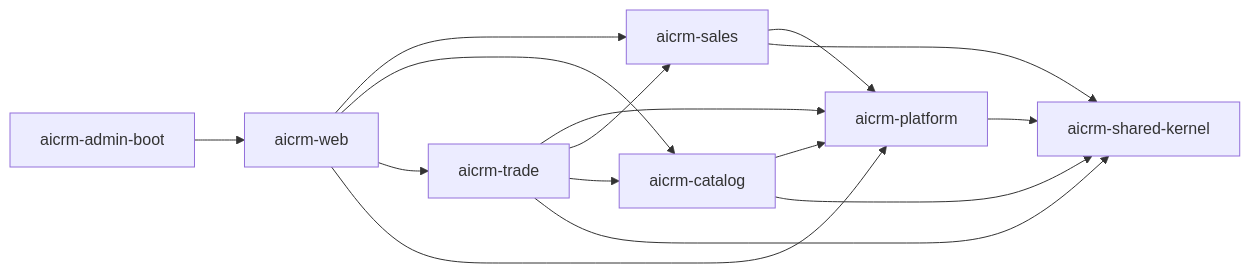
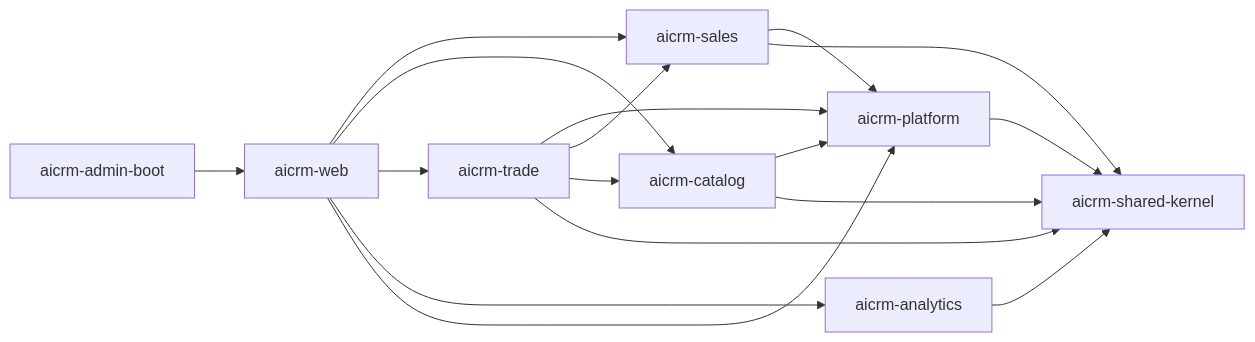
Before and after one commit to Squirtles331/AiCRM: the diagram in docs/architecture/module-boundaries.md, drawn with Mermaid. The commit also changed other lines of this file and 18 other files, not shown here.

````diff
--- a/docs/architecture/module-boundaries.md
+++ b/docs/architecture/module-boundaries.md
@@ -5,17 +5,19 @@
 ```mermaid
 flowchart LR
   boot["aicrm-admin-boot"] --> web["aicrm-web"]
   web --> sales["aicrm-sales"]
   web --> catalog["aicrm-catalog"]
   web --> trade["aicrm-trade"]
+  web --> analytics["aicrm-analytics"]
   web --> platform["aicrm-platform"]
   sales --> platform
   catalog --> platform
   trade --> platform
   trade --> sales
   trade --> catalog
   sales --> kernel["aicrm-shared-kernel"]
   catalog --> kernel
   trade --> kernel
+  analytics --> kernel
   platform --> kernel
 ```
````
